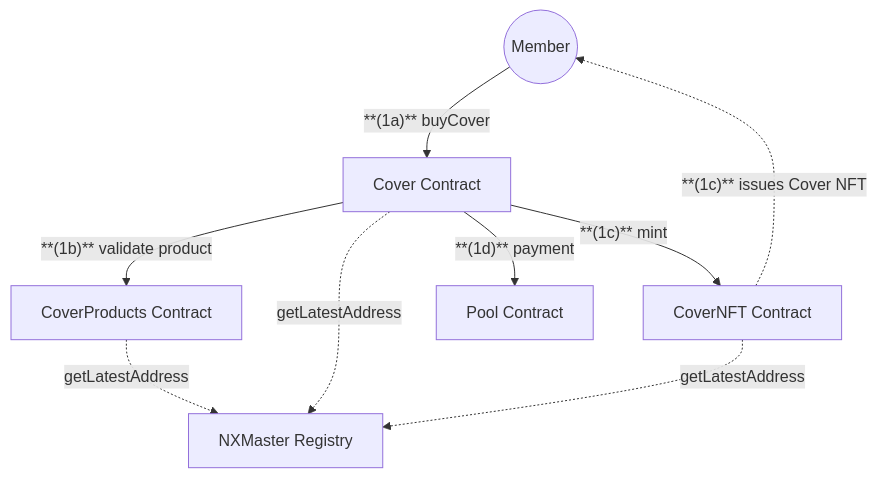
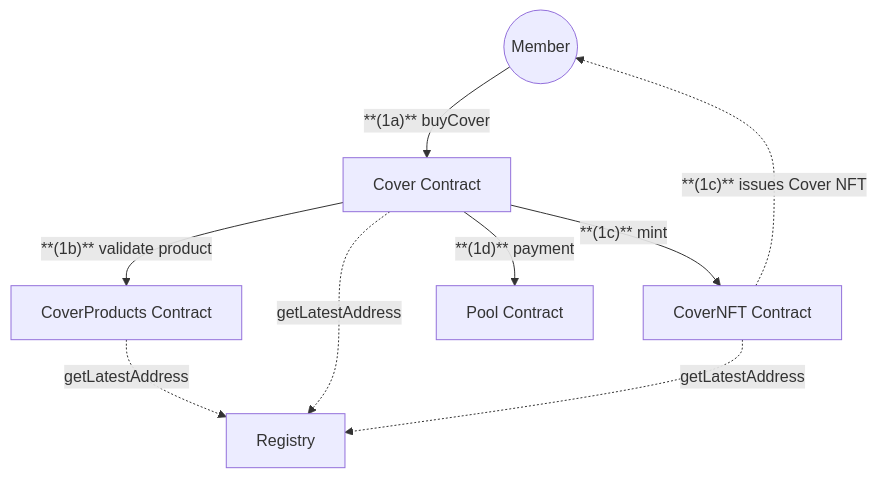
The first of 2 diagrams in docs/developers/Diagrams/Contracts Diagrams/cover.md (NexusMutual/docs), drawn with Mermaid before and after one commit. The commit also changed other lines of this file and 8 other files, not shown here.

First line of the commit message:
docs: update diagrams and user flows for the current contracts

````diff
--- a/docs/developers/Diagrams/Contracts Diagrams/cover.md
+++ b/docs/developers/Diagrams/Contracts Diagrams/cover.md
@@ -9,24 +9,24 @@
 ```mermaid
 graph TD
     %% Users
     Member(("Member"))
 
     %% Contracts
     Cover["Cover Contract"]
     CoverProducts["CoverProducts Contract"]
     CoverNFT["CoverNFT Contract"]
     Pool["Pool Contract"]
-    NXMaster["NXMaster Registry"]
+    Registry["Registry"]
 
     %% Member interactions
     Member -->|"**(1a)** buyCover"| Cover
     Cover -->|"**(1b)** validate product"| CoverProducts
     Cover -->|"**(1c)** mint"| CoverNFT
     CoverNFT -.->|"**(1c)** issues Cover NFT"| Member
     Cover -->|"**(1d)** payment"| Pool
 
     %% Contract Registry interactions
-    CoverProducts -.->|"getLatestAddress"| NXMaster
-    Cover -.->|"getLatestAddress"| NXMaster
-    CoverNFT -.->|"getLatestAddress"| NXMaster
+    CoverProducts -.->|"getLatestAddress"| Registry
+    Cover -.->|"getLatestAddress"| Registry
+    CoverNFT -.->|"getLatestAddress"| Registry
 ```
````
